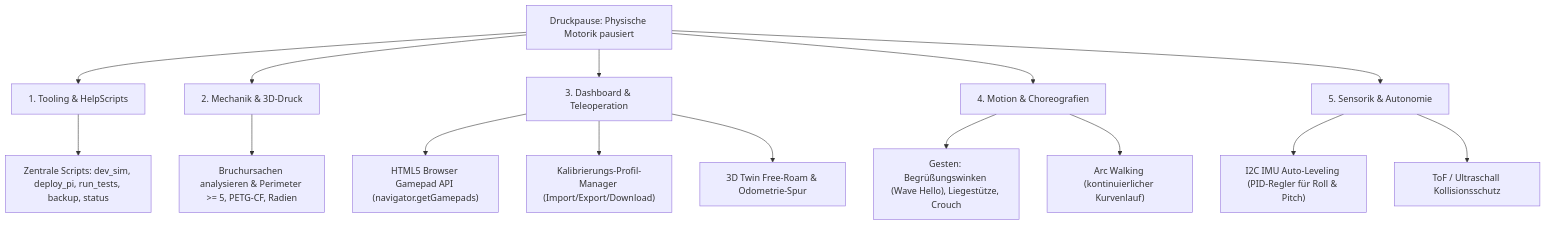
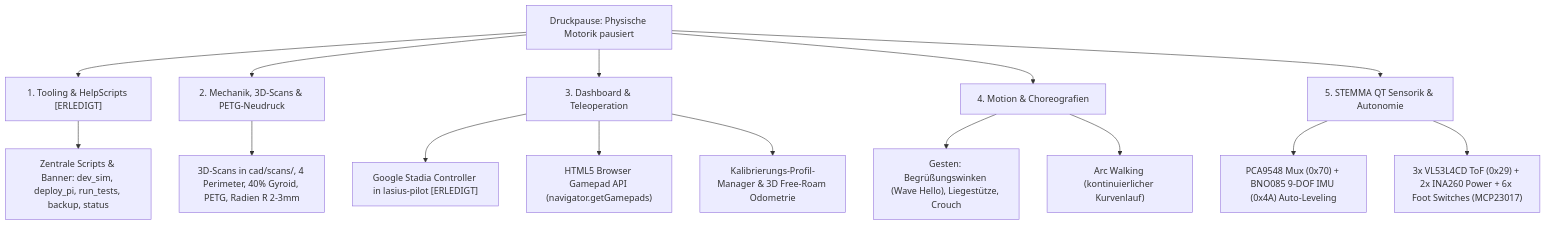
The diagram in TODOS.md (vern-da-coda/BKHexapod), drawn with Mermaid before and after one commit. The commit also changed other lines of this file and 63 other files, not shown here.

````diff
--- a/TODOS.md
+++ b/TODOS.md
@@ -33,18 +36,18 @@
 ```mermaid
 flowchart TD
-    A["Druckpause: Physische Motorik pausiert"] --> B["1. Tooling & HelpScripts"]
-    A --> C["2. Mechanik & 3D-Druck"]
+    A["Druckpause: Physische Motorik pausiert"] --> B["1. Tooling & HelpScripts [ERLEDIGT]"]
+    A --> C["2. Mechanik, 3D-Scans & PETG-Neudruck"]
     A --> D["3. Dashboard & Teleoperation"]
     A --> E["4. Motion & Choreografien"]
-    A --> F["5. Sensorik & Autonomie"]
+    A --> F["5. STEMMA QT Sensorik & Autonomie"]
 
-    B --> B1["Zentrale Scripts: dev_sim, deploy_pi, run_tests, backup, status"]
-    C --> C1["Bruchursachen analysieren & Perimeter >= 5, PETG-CF, Radien"]
-    D --> D1["HTML5 Browser Gamepad API (navigator.getGamepads)"]
-    D --> D2["Kalibrierungs-Profil-Manager (Import/Export/Download)"]
-    D --> D3["3D Twin Free-Roam & Odometrie-Spur"]
+    B --> B1["Zentrale Scripts & Banner: dev_sim, deploy_pi, run_tests, backup, status"]
+    C --> C1["3D-Scans in cad/scans/, 4 Perimeter, 40% Gyroid, PETG, Radien R 2-3mm"]
+    D --> D1["Google Stadia Controller in lasius-pilot [ERLEDIGT]"]
+    D --> D2["HTML5 Browser Gamepad API (navigator.getGamepads)"]
+    D --> D3["Kalibrierungs-Profil-Manager & 3D Free-Roam Odometrie"]
     E --> E1["Gesten: Begrüßungswinken (Wave Hello), Liegestütze, Crouch"]
     E --> E2["Arc Walking (kontinuierlicher Kurvenlauf)"]
-    F --> F1["I2C IMU Auto-Leveling (PID-Regler für Roll & Pitch)"]
-    F --> F2["ToF / Ultraschall Kollisionsschutz"]
+    F --> F1["PCA9548 Mux (0x70) + BNO085 9-DOF IMU (0x4A) Auto-Leveling"]
+    F --> F2["3x VL53L4CD ToF (0x29) + 2x INA260 Power + 6x Foot Switches (MCP23017)"]
 ```
````
